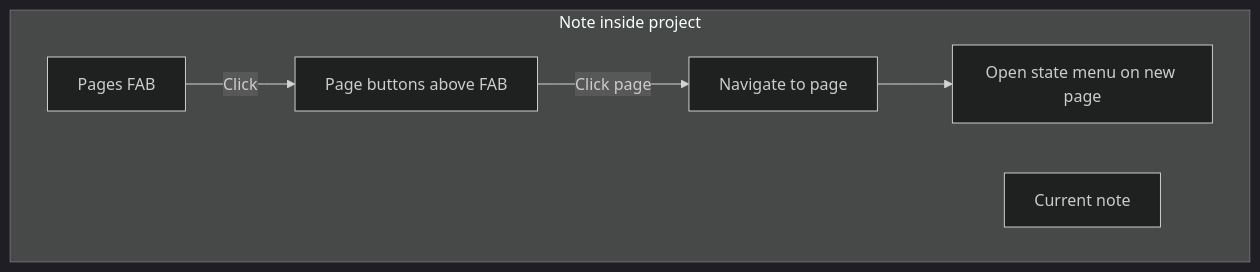
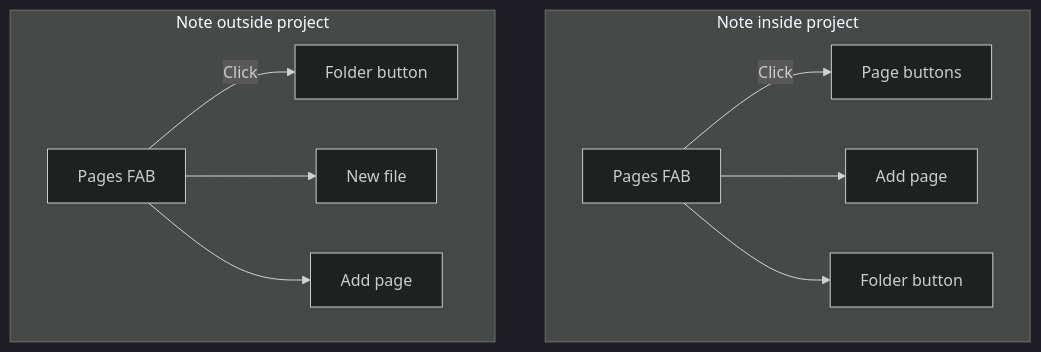
One commit to rolltidehero/obsidian-star-rater changed the diagram in docs/project-pages-fab.md. Above: the diagram before and after it, drawn with Mermaid (dark theme). The commit also changed other lines of this file and 4 other files, not shown here.

Commit message:
Added ability to create a project by adding a page.

````diff
--- a/docs/project-pages-fab.md
+++ b/docs/project-pages-fab.md
@@ -16,12 +16,24 @@
 ```mermaid
 flowchart TB
-    subgraph NoteView [Note inside project]
-        FAB[Pages FAB]
-        PageList[Page buttons above FAB]
-        CurrentNote[Current note]
+    subgraph NoteInProject [Note inside project]
+        FAB1[Pages FAB]
+        PageList[Page buttons]
+        AddPage1[Add page]
+        Folder1[Folder button]
         
-        FAB -->|Click| PageList
-        PageList -->|Click page| Navigate[Navigate to page]
-        Navigate --> OpenStateMenu[Open state menu on new page]
+        FAB1 -->|Click| PageList
+        FAB1 --> AddPage1
+        FAB1 --> Folder1
+    end
+
+    subgraph NoteOutsideProject [Note outside project]
+        FAB2[Pages FAB]
+        Folder2[Folder button]
+        NewFile[New file]
+        AddPage2[Add page]
+        
+        FAB2 -->|Click| Folder2
+        FAB2 --> NewFile
+        FAB2 --> AddPage2
     end
 ```
````
